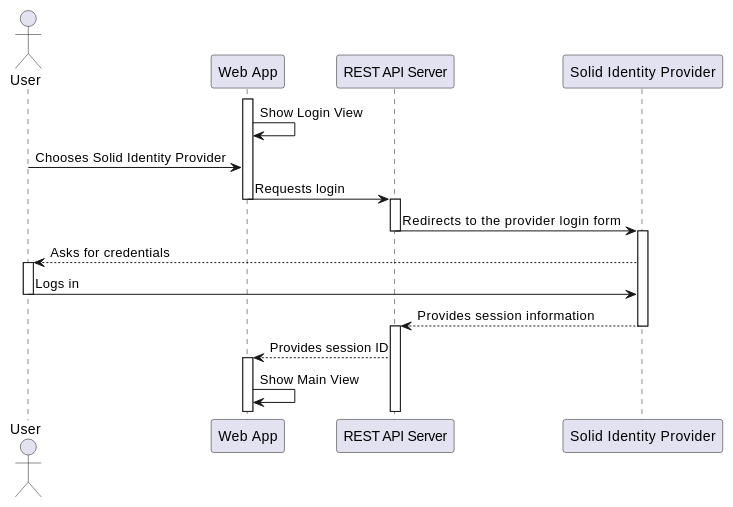
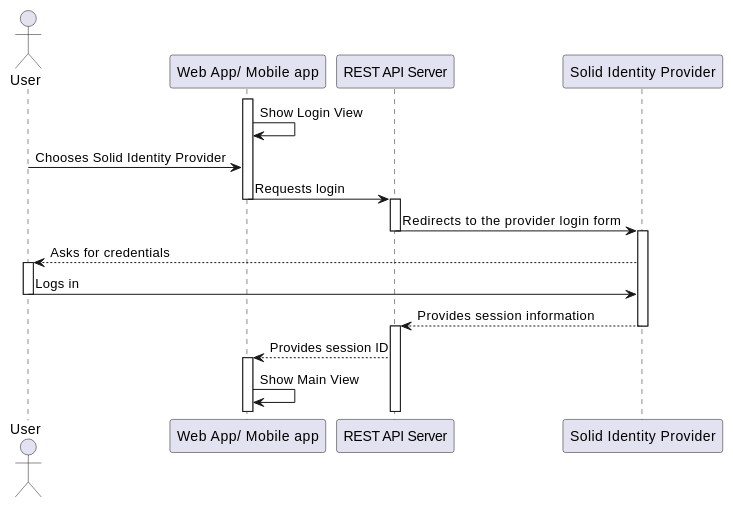
Before and after one commit to Arquisoft/radarin_en2a: the first of 2 diagrams in webapp/docs/06_runtime_view.adoc, drawn with PlantUML.

Commit message:
Change in diagram for part 6

```diff
--- a/webapp/docs/06_runtime_view.adoc
+++ b/webapp/docs/06_runtime_view.adoc
@@ -13,27 +13,27 @@
 [plantuml,"Sequence diagram - Login",png]
 ----
 actor User as U
-participant "Web App" as W
+participant "Web App/ Mobile app" as W
 participant "REST API Server" as R
 participant "Solid Identity Provider" as P
 
 activate W
 W -> W: Show Login View
 U -> W: Chooses Solid Identity Provider
 W -> R: Requests login
 deactivate W
 activate R
 R -> P: Redirects to the provider login form
 deactivate R
 activate P
 P --> U: Asks for credentials
 activate U
 U -> P: Logs in
 deactivate U
 P --> R: Provides session information
 deactivate P
 activate R
 R --> W: Provides session ID
 activate W
 W -> W: Show Main View
 ----
```
